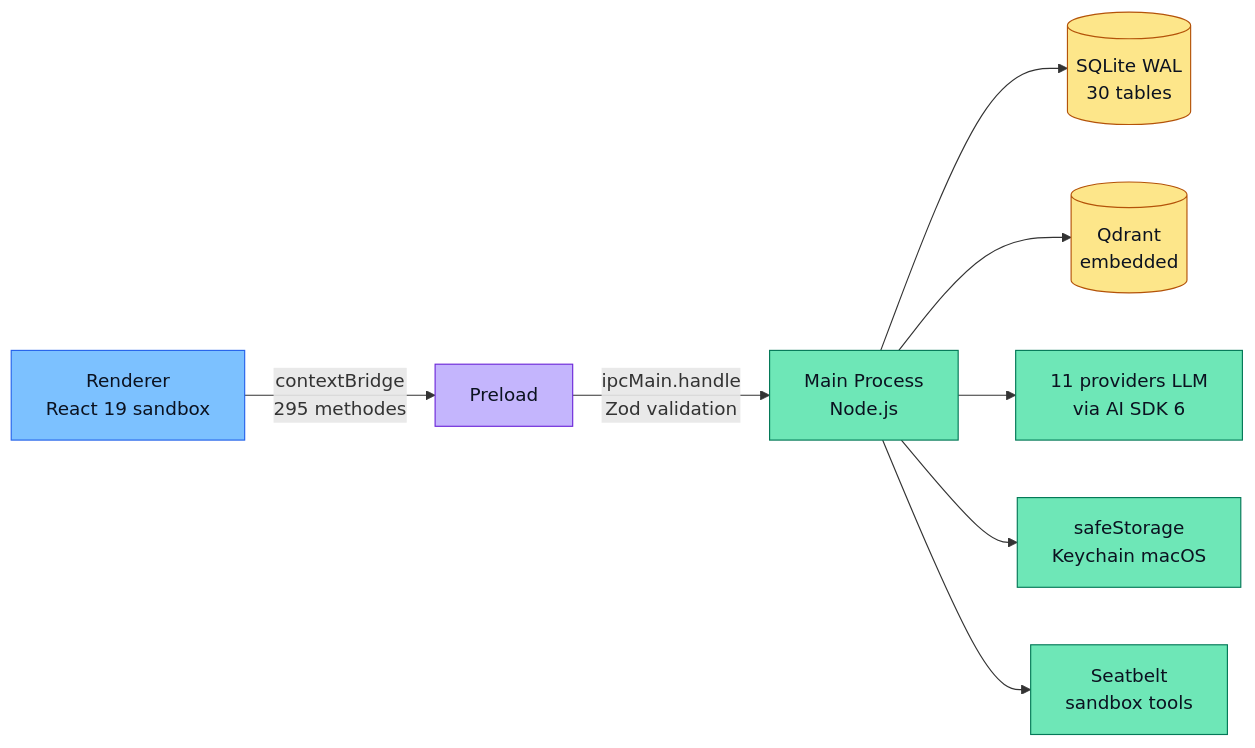
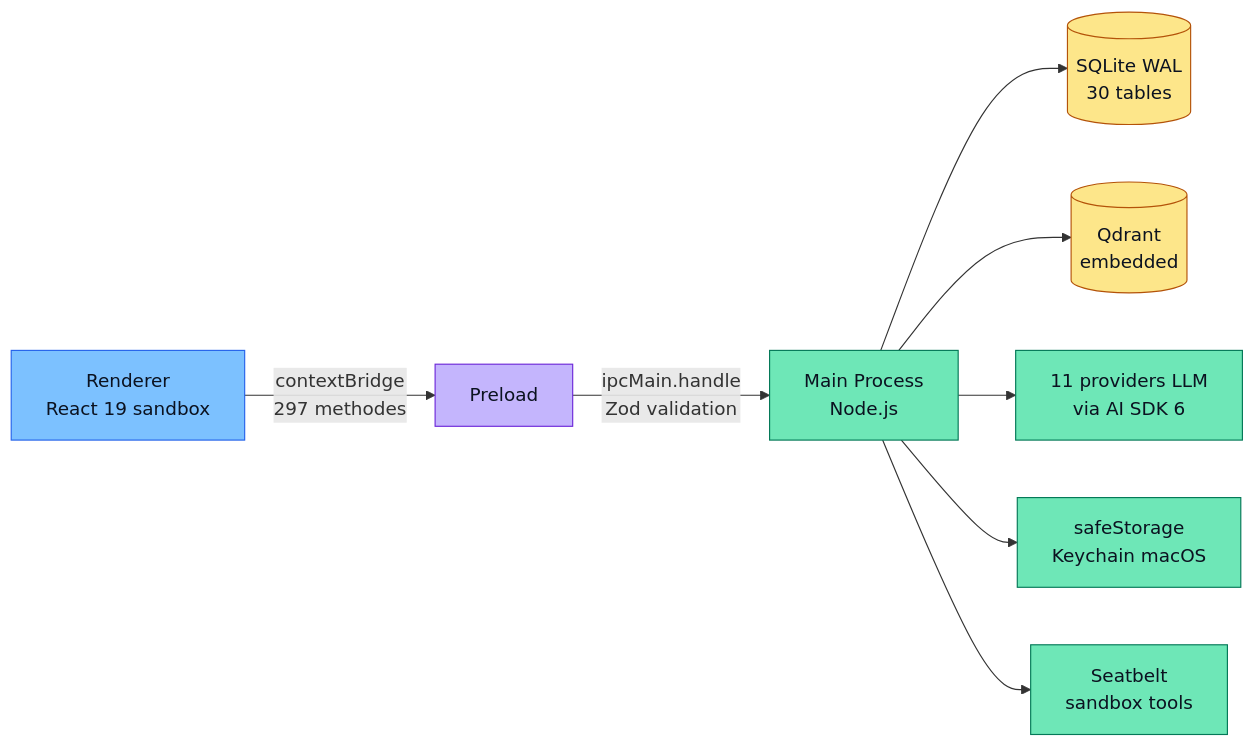
One commit to eRom/cruchot changed the diagram in README.md. Above: the diagram before and after it, drawn with Mermaid. The commit also changed other lines of this file, not shown here.

First line of the commit message:
docs(readme): bump preload methods count 295 → 297

````diff
--- a/README.md
+++ b/README.md
@@ -167,20 +167,20 @@
 ```mermaid
 graph LR
-  R[Renderer<br/>React 19 sandbox] -->|contextBridge<br/>295 methodes| P[Preload]
+  R[Renderer<br/>React 19 sandbox] -->|contextBridge<br/>297 methodes| P[Preload]
   P -->|ipcMain.handle<br/>Zod validation| M[Main Process<br/>Node.js]
   M --> DB[(SQLite WAL<br/>30 tables)]
   M --> Q[(Qdrant<br/>embedded)]
   M --> LLM[11 providers LLM<br/>via AI SDK 6]
   M --> SEC[safeStorage<br/>Keychain macOS]
   M --> SB[Seatbelt<br/>sandbox tools]
 
   classDef client fill:#7CC1FF,stroke:#2563EB,color:#0B1220
   classDef bridge fill:#C4B5FD,stroke:#6D28D9,color:#0B1220
   classDef server fill:#6EE7B7,stroke:#047857,color:#0B1220
   classDef storage fill:#FDE68A,stroke:#B45309,color:#0B1220
   class R client
   class P bridge
   class M server
   class DB,Q storage
   class LLM,SEC,SB server
 ```
````
